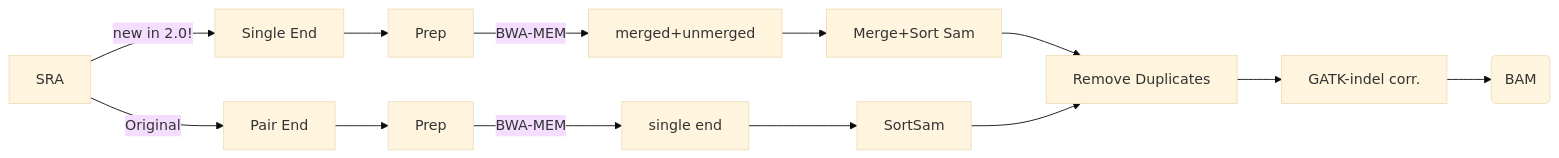
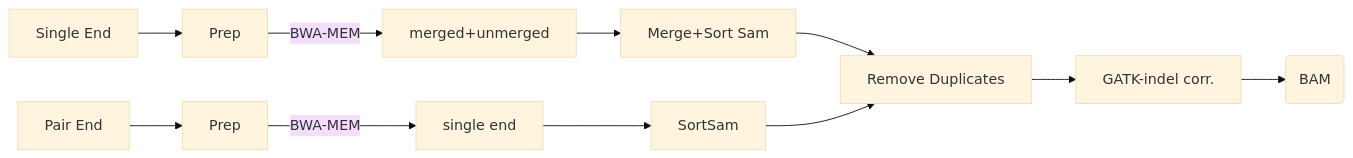
The first of 2 diagrams in README.md (DEST-bio/DESTv2), drawn with Mermaid (base theme) before and after one commit.

````diff
--- a/README.md
+++ b/README.md
@@ -12,16 +12,14 @@
 ```mermaid
 graph LR
-1[SRA] --new in 2.0!--> 2[Single End]
-1[SRA] --Original--> 3[Pair End]
 2[Single End] -->  4[Prep+Merge] 
 3[Pair End] -->  5[Prep] 
 4[Prep]  --BWA-MEM--> 8[merged+unmerged] --> 10[Merge+Sort Sam]
 5[Prep]  --BWA-MEM--> 9[single end] --> 11[SortSam]
 
 10[Merge+Sort Sam] --> 12[Remove Duplicates]
 11[SortSam] --> 12[PICARD MarkDuplicate]
 
 12[Remove Duplicates] --> 13[GATK-indel corr.]
 
 13[GATK-indel corr.] --> 14(BAM)
 ```
````
